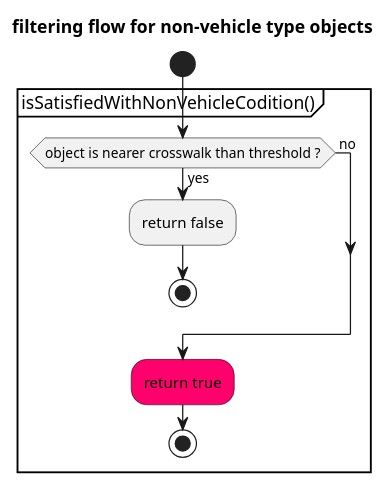
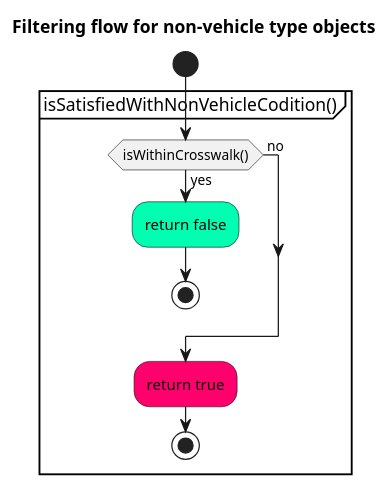
Before and after one commit to autowarefoundation/autoware: the eighth of 9 diagrams in planning/autoware_behavior_path_static_obstacle_avoidance_module/README.md, drawn with PlantUML. The commit also changed other lines of this file and 58 other files, not shown here.

````diff
--- a/planning/autoware_behavior_path_static_obstacle_avoidance_module/README.md
+++ b/planning/autoware_behavior_path_static_obstacle_avoidance_module/README.md
@@ -334,20 +654,20 @@
 ```plantuml
 @startuml
 skinparam defaultTextAlignment center
 skinparam noteTextAlignment left
 
-title filtering flow for non-vehicle type objects
+title Filtering flow for non-vehicle type objects
 start
 
 partition isSatisfiedWithNonVehicleCodition() {
-if(object is nearer crosswalk than threshold ?) then (yes)
-:return false;
+if(isWithinCrosswalk()) then (yes)
+#00FFB1 :return false;
 stop
 else (\n no)
 endif
 #FF006C :return true;
 stop
 }
 
 @enduml
 ```
````
